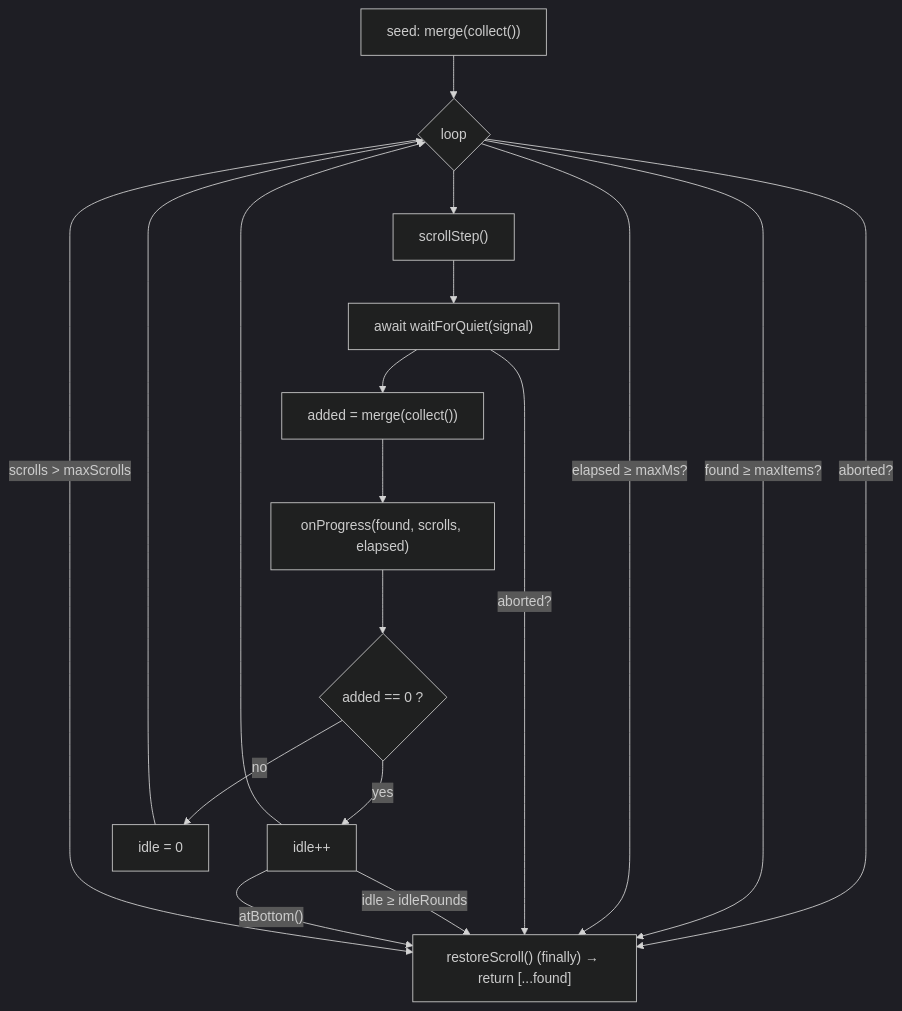
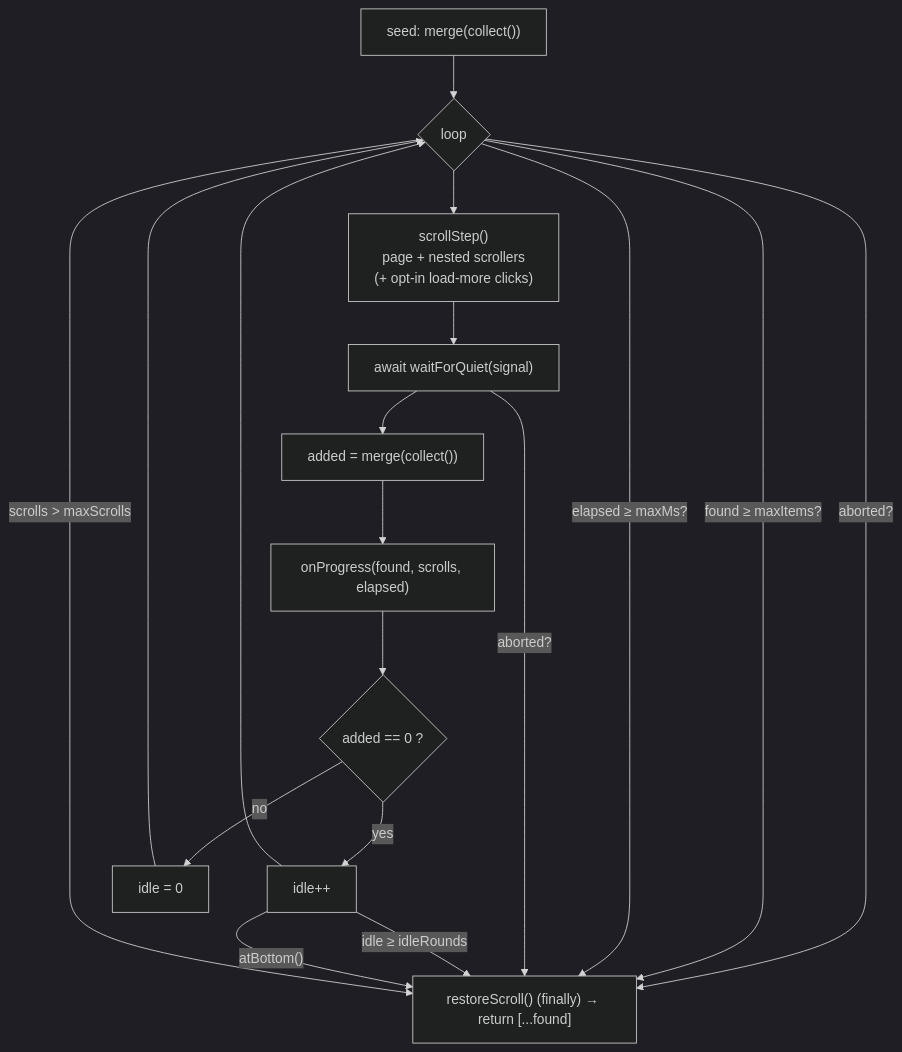
One commit to mralaminahamed/media-bulk-downloads changed the third of 3 diagrams in docs/guides/deep-scan.md. Above: the diagram before and after it, drawn with Mermaid (dark theme). The commit also changed other lines of this file and 5 other files, not shown here.

````diff
--- a/docs/guides/deep-scan.md
+++ b/docs/guides/deep-scan.md
@@ -75,20 +75,20 @@
 ```mermaid
 flowchart TB
   SEED["seed: merge(collect())"] --> LOOP{"loop"}
   LOOP -->|"aborted?"| STOP
   LOOP -->|"found ≥ maxItems?"| STOP
   LOOP -->|"elapsed ≥ maxMs?"| STOP
-  LOOP --> SCROLL["scrollStep()"]
+  LOOP --> SCROLL["scrollStep()<br/>page + nested scrollers<br/>(+ opt-in load-more clicks)"]
   SCROLL --> WAIT["await waitForQuiet(signal)"]
   WAIT -->|"aborted?"| STOP
   WAIT --> MERGE["added = merge(collect())"]
   MERGE --> PROG["onProgress(found, scrolls, elapsed)"]
   PROG --> CHK{"added == 0 ?"}
   CHK -->|"yes"| IDLE["idle++"]
   IDLE -->|"idle ≥ idleRounds"| STOP
   IDLE -->|"atBottom()"| STOP
   IDLE --> LOOP
   CHK -->|"no"| RESET["idle = 0"] --> LOOP
   LOOP -->|"scrolls > maxScrolls"| STOP
   STOP["restoreScroll() (finally) → return [...found]"]
 ```
````
